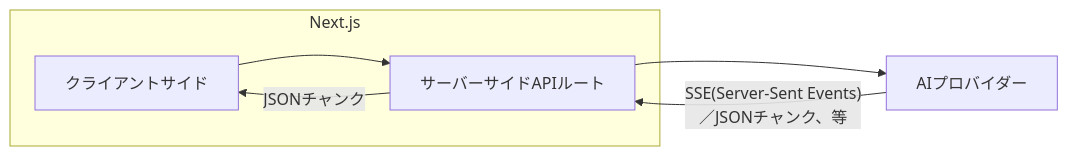
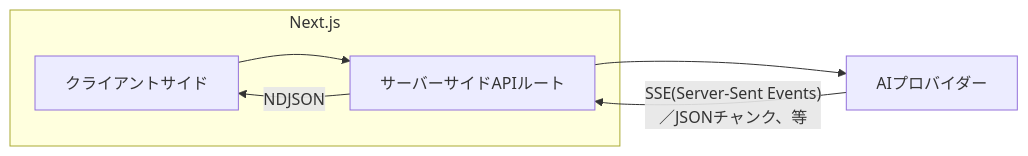
The diagram in _docs/memo.md (sudo-yoko/portfolio-nextjs), drawn with Mermaid before and after one commit.

````diff
--- a/_docs/memo.md
+++ b/_docs/memo.md
@@ -1,12 +1,12 @@
  ```mermaid
-graph LR  
- クライアントサイド-->サーバーサイドAPIルート-->AIプロバイダー
-  サーバーサイドAPIルート--JSONチャンク-->クライアントサイド
+graph LR
+  クライアントサイド-->サーバーサイドAPIルート-->AIプロバイダー
+  サーバーサイドAPIルート--NDJSON-->クライアントサイド
   AIプロバイダー--SSE(Server-Sent Events)<br>／JSONチャンク、等-->サーバーサイドAPIルート
 
   subgraph funcA [Next.js]
     クライアントサイド
     サーバーサイドAPIルート
   end
 
  ```
````
